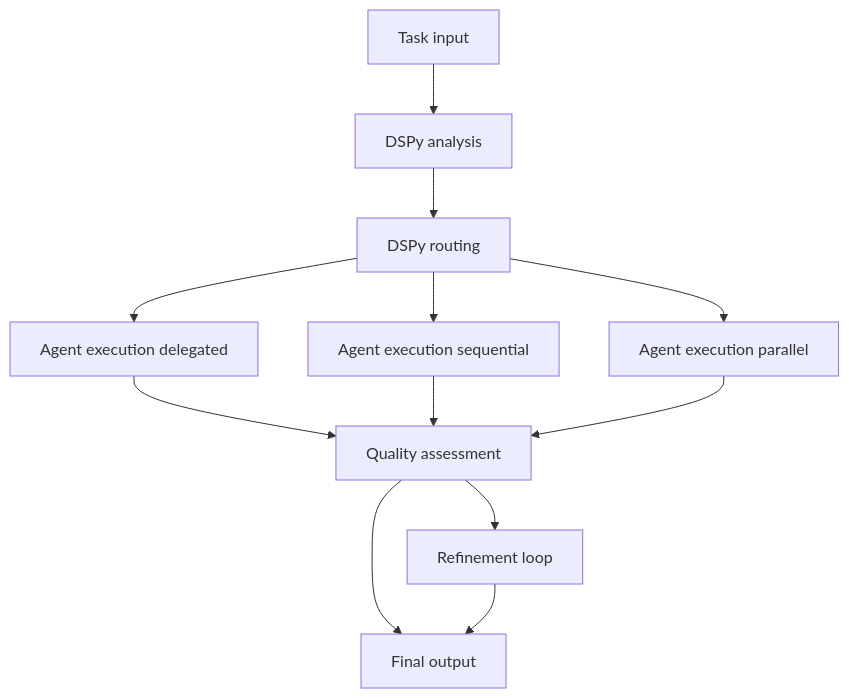
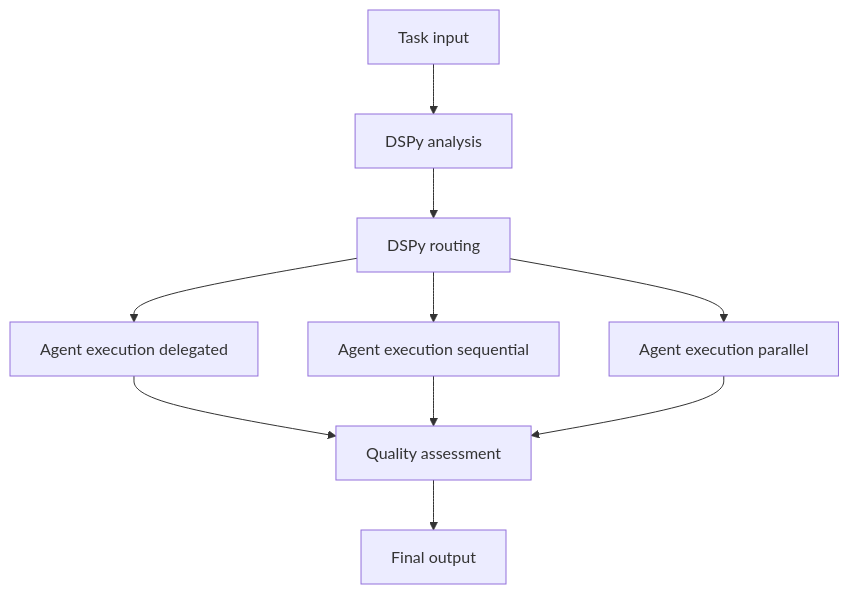
The second of 2 diagrams in docs/developers/architecture.md (Qredence/agentic-fleet), drawn with Mermaid before and after one commit. The commit also changed other lines of this file and 4 other files, not shown here.

Commit message:
chore: update documentation for architecture and self-improvement features, removing Judge phase references and adjusting file paths

````diff
--- a/docs/developers/architecture.md
+++ b/docs/developers/architecture.md
@@ -202,14 +201,12 @@
 ```mermaid
 graph TD
 A[Task input] --> B[DSPy analysis]
 B --> C[DSPy routing]
 C --> D1[Agent execution delegated]
 C --> D2[Agent execution sequential]
 C --> D3[Agent execution parallel]
 D1 --> E[Quality assessment]
 D2 --> E
 D3 --> E
 E --> F[Final output]
-E --> G[Refinement loop]
-G --> F
 ```
````
